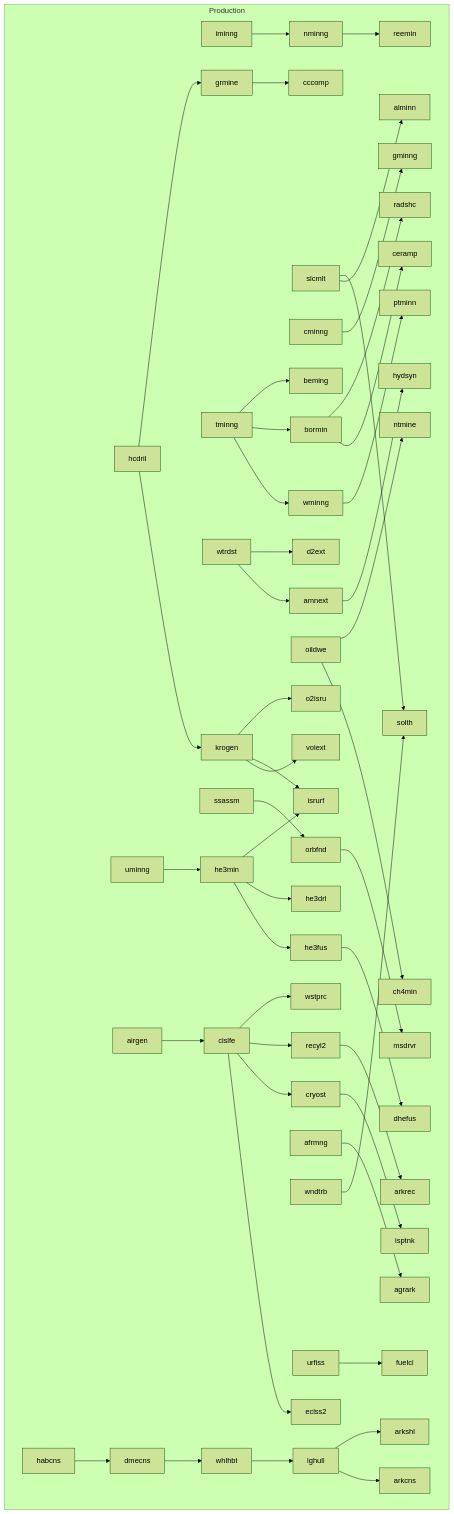
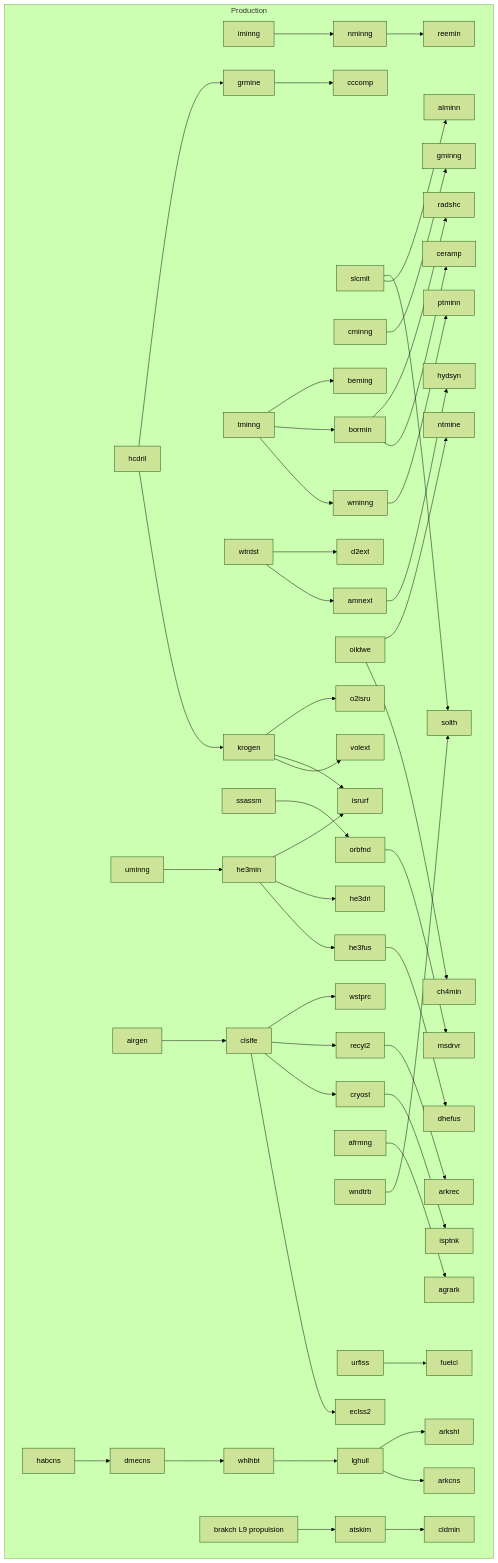
Before and after one commit to sentinemodo/SpaceAge-2024: the first of 4 diagrams in designer/technology.md, drawn with Mermaid (forest theme). The commit also changed other lines of this file and 28 other files, not shown here.

````diff
--- a/designer/technology.md
+++ b/designer/technology.md
@@ -84,37 +87,39 @@
 ```mermaid
 flowchart TB
   subgraph prod["Production"]
     iminng --> nminng
     hcdril --> krogen --> volext
     slcmlt --> alminn
     slcmlt --> solth
     cminng --> gminng
     tminng --> wminng --> ptminn
     tminng --> bormin
     tminng --> beming
     wtrdst --> amnext --> hydsyn
     wtrdst --> d2ext
     oildwe --> ch4min
     oildwe --> ntmine
     uminng --> he3min --> he3fus --> dhefus
     he3min --> he3drl
     he3min --> isrurf
     krogen --> isrurf
     krogen --> o2isru
     ssassm --> orbfnd --> msdrvr
     airgen --> clslfe --> eclss2
     clslfe --> cryost --> isptnk
     clslfe --> recyl2
     habcns --> dmecns --> whlhbt --> lghull --> arkcns
     afrmng --> agrark
     wndtrb --> solth
     urfiss --> fuelcl
     nminng --> reemin
     hcdril --> grmine --> cccomp
     bormin --> ceramp
     bormin --> radshc
     clslfe --> wstprc
     lghull --> arkshl
     recyl2 --> arkrec
+    atskim --> cldmin
+    brakch["brakch L9 propulsion"] --> atskim
   end
 ```
````
